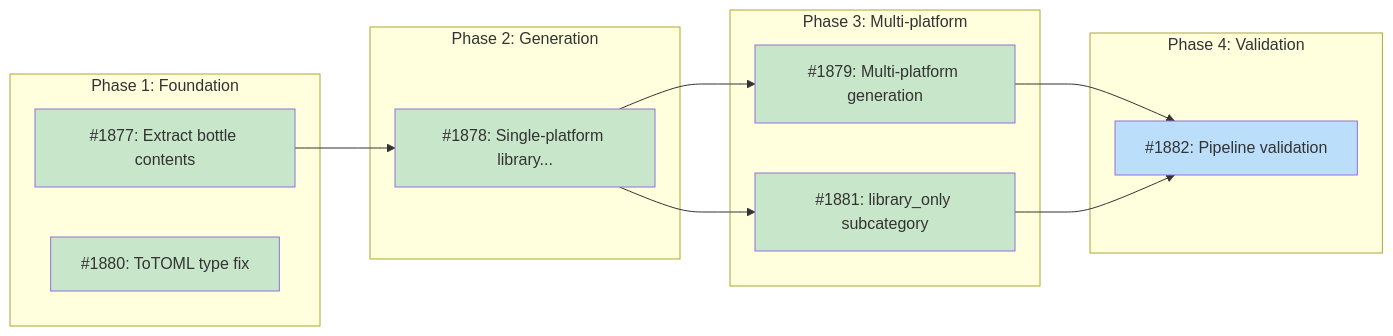
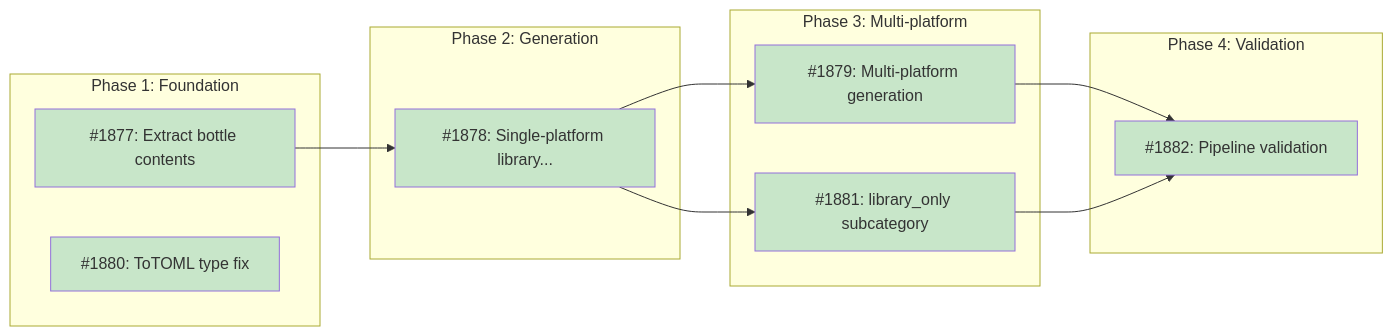
One commit to tsukumogami/tsuku changed the diagram in docs/designs/DESIGN-library-recipe-generation.md. Above: the diagram before and after it, drawn with Mermaid. The commit also changed other lines of this file and 9 other files, not shown here.

````diff
--- a/docs/designs/DESIGN-library-recipe-generation.md
+++ b/docs/designs/DESIGN-library-recipe-generation.md
@@ -53,35 +53,34 @@
 ```mermaid
 graph LR
     subgraph Phase1["Phase 1: Foundation"]
         I1877["#1877: Extract bottle contents"]
         I1880["#1880: ToTOML type fix"]
     end
 
     subgraph Phase2["Phase 2: Generation"]
         I1878["#1878: Single-platform library..."]
     end
 
     subgraph Phase3["Phase 3: Multi-platform"]
         I1879["#1879: Multi-platform generation"]
         I1881["#1881: library_only subcategory"]
     end
 
     subgraph Phase4["Phase 4: Validation"]
         I1882["#1882: Pipeline validation"]
     end
 
     I1877 --> I1878
     I1878 --> I1879
     I1878 --> I1881
     I1879 --> I1882
     I1881 --> I1882
 
     classDef done fill:#c8e6c9
     classDef ready fill:#bbdefb
     classDef blocked fill:#fff9c4
     classDef needsDesign fill:#e1bee7
     classDef tracksDesign fill:#FFE0B2,stroke:#F57C00,color:#000
 
-    class I1877,I1878,I1879,I1880,I1881 done
-    class I1882 ready
+    class I1877,I1878,I1879,I1880,I1881,I1882 done
 ```
````
